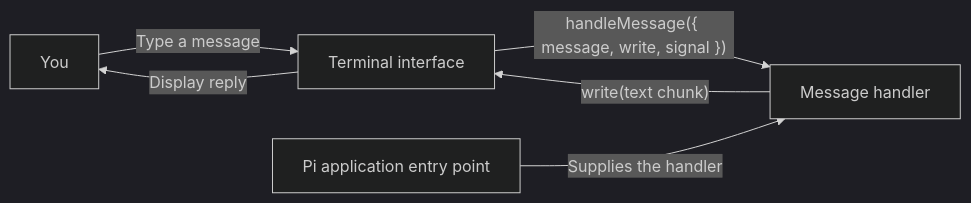
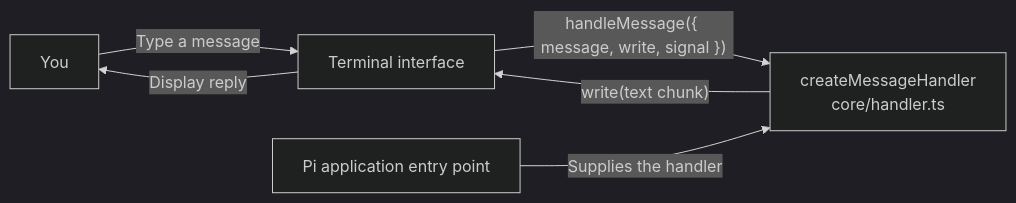
One commit to fjeansilva/ava-personal-assistant changed the third of 6 diagrams in ARCHITECTURE.md. Above: the diagram before and after it, drawn with Mermaid (dark theme). The commit also changed other lines of this file and 3 other files, not shown here.

First line of the commit message:
docs: document extracted message handler and Telegram plan progress

````diff
--- a/ARCHITECTURE.md
+++ b/ARCHITECTURE.md
@@ -27,8 +51,8 @@
 ```mermaid
 flowchart LR
     User["You"] -->|"Type a message"| Terminal["Terminal interface"]
-    Terminal -->|"handleMessage({ message, write, signal })"| Handler["Message handler"]
+    Terminal -->|"handleMessage({ message, write, signal })"| Handler["createMessageHandler<br/>core/handler.ts"]
     Handler -->|"write(text chunk)"| Terminal
     Terminal -->|"Display reply"| User
     Entry["Pi application entry point"] -->|"Supplies the handler"| Handler
 ```
````
